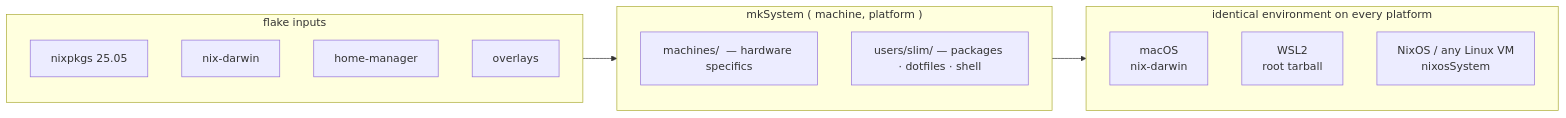
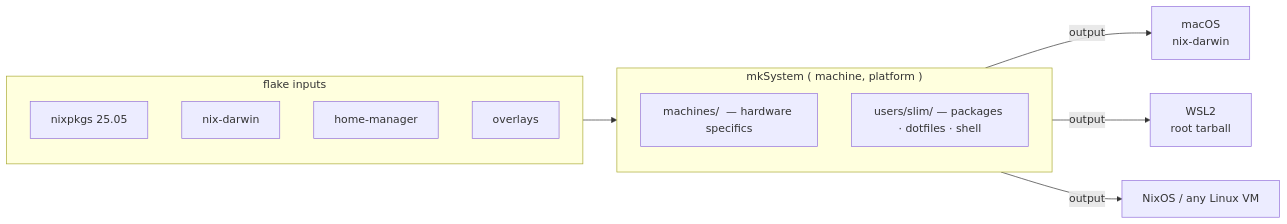
The diagram in src/content/blog/nix-on-macos.md (slimslenderslacks/blog), drawn with Mermaid before and after one commit. The commit also changed other lines of this file, not shown here.

Commit message:
post: add repo-is-public rationale; cleaner diagram with 3 output arrows

````diff
--- a/src/content/blog/nix-on-macos.md
+++ b/src/content/blog/nix-on-macos.md
@@ -39,25 +41,25 @@
 ```mermaid
 graph LR
     subgraph Inputs["flake inputs"]
         direction TB
         nixpkgs["nixpkgs 25.05"]
         nix_darwin["nix-darwin"]
         home_manager["home-manager"]
         overlays["overlays"]
     end
 
     subgraph Fn["mkSystem ( machine, platform )"]
         direction TB
         machines["machines/  — hardware specifics"]
         users["users/slim/ — packages · dotfiles · shell"]
     end
 
-    subgraph Outputs["identical environment on every platform"]
-        direction TB
-        macos["macOS\nnix-darwin"]
-        wsl["WSL2\nroot tarball"]
-        linux["NixOS / any Linux VM\nnixosSystem"]
-    end
+    macos["macOS\nnix-darwin"]
+    wsl["WSL2\nroot tarball"]
+    linux["NixOS / any Linux VM"]
 
-    Inputs --> Fn --> Outputs
+    Inputs --> Fn
+    Fn -->|output| macos
+    Fn -->|output| wsl
+    Fn -->|output| linux
 ```
````
